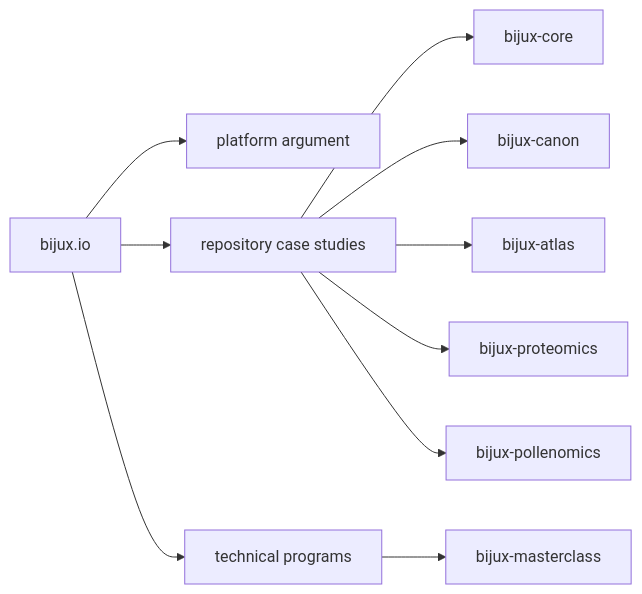
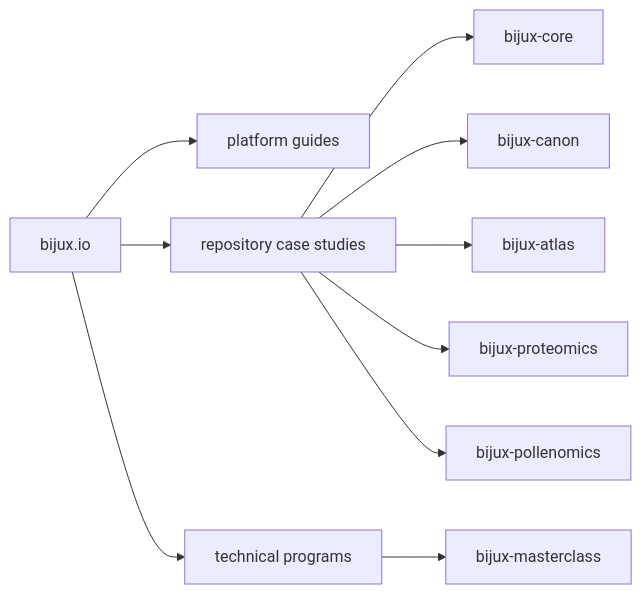
The diagram in docs/index.md (bijux/bijux.github.io), drawn with Mermaid before and after one commit. The commit also changed other lines of this file and 18 other files, not shown here.

````diff
--- a/docs/index.md
+++ b/docs/index.md
@@ -85,22 +85,22 @@
 ```mermaid
 flowchart LR
     hub["bijux.io"]
-    platform["platform argument"]
+    platform["platform guides"]
     projects["repository case studies"]
     learning["technical programs"]
     core["bijux-core"]
     canon["bijux-canon"]
     atlas["bijux-atlas"]
     proteomics["bijux-proteomics"]
     pollenomics["bijux-pollenomics"]
     masterclass["bijux-masterclass"]
     hub --> platform
     hub --> projects
     hub --> learning
     projects --> core
     projects --> canon
     projects --> atlas
     projects --> proteomics
     projects --> pollenomics
     learning --> masterclass
 ```
````
